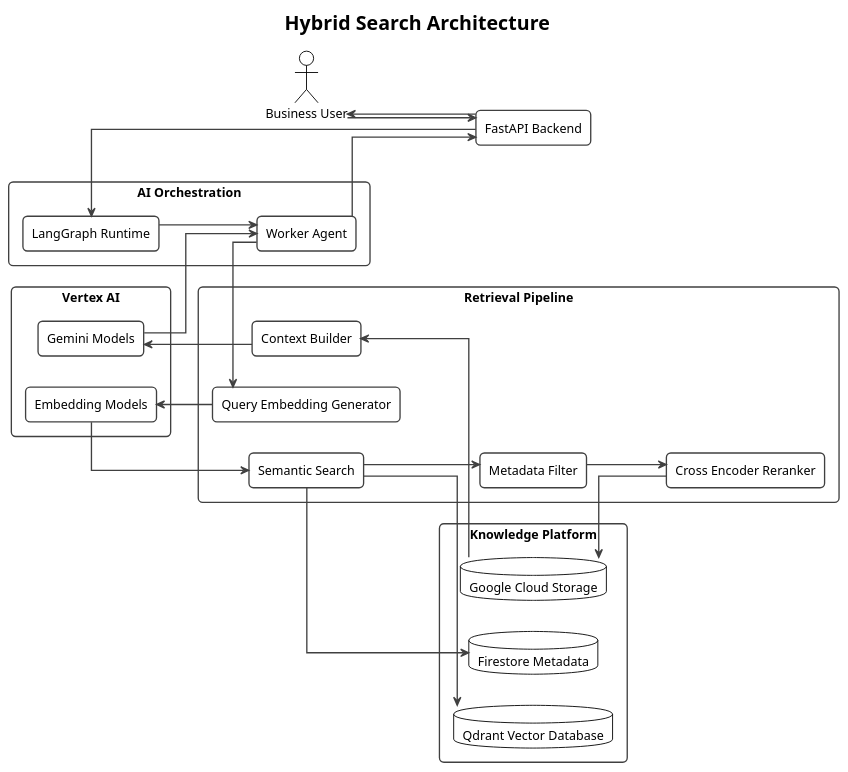
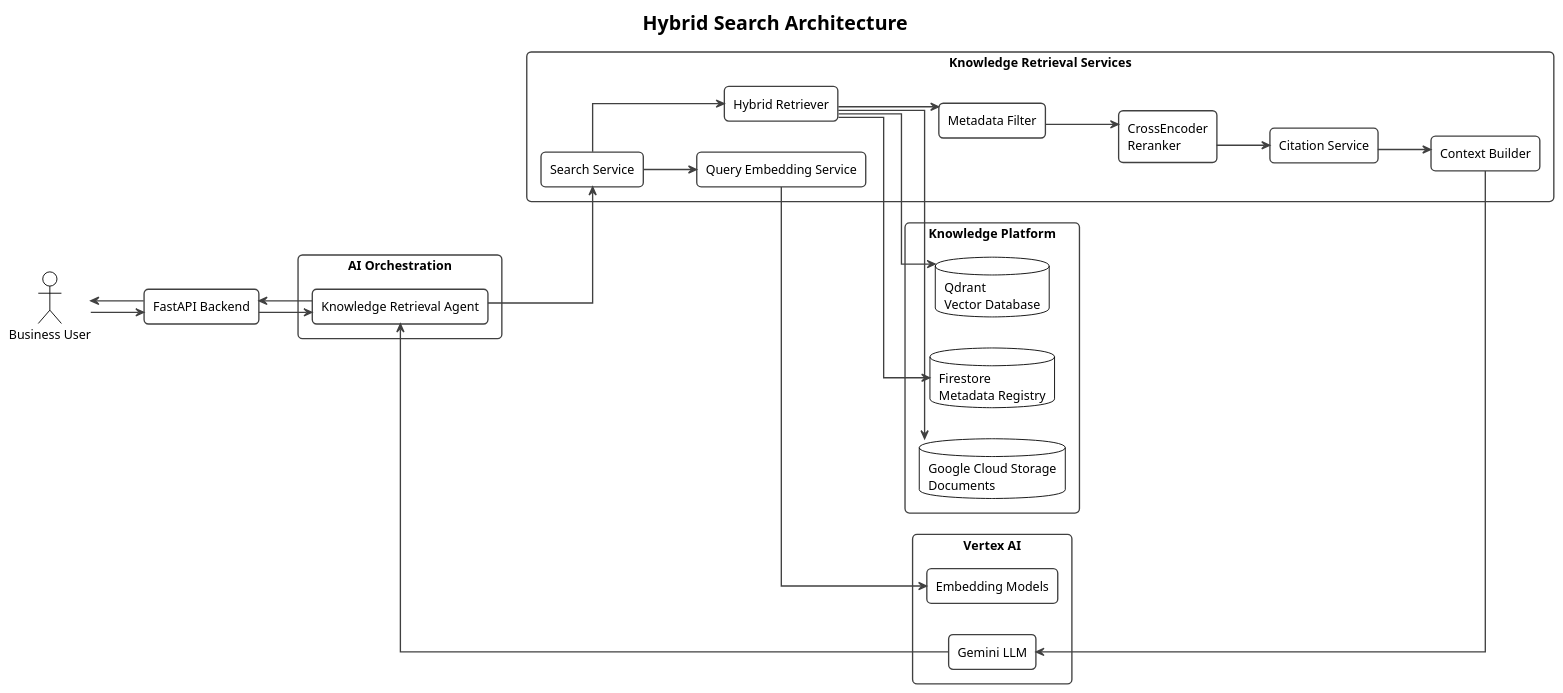
Before and after one commit to pjagdaley/enterprise-ai-orchestration-platform: the diagram in docs/diagrams/ai/06-hybrid-search-architecture.puml, drawn with PlantUML. The commit also changed 209 other files, not shown here.

Commit message:
Version-1 Architecture

```diff
--- a/docs/diagrams/ai/06-hybrid-search-architecture.puml
+++ b/docs/diagrams/ai/06-hybrid-search-architecture.puml
@@ -1,104 +1,108 @@
 @startuml
 
 title Enterprise AI Orchestration Platform
 title Hybrid Search Architecture
 
 !theme plain
 
 left to right direction
 
 skinparam backgroundColor white
 skinparam shadowing false
 skinparam linetype ortho
 skinparam packageStyle rectangle
 
 skinparam defaultFontName Segoe UI
 skinparam defaultFontSize 14
 
 skinparam RectangleBorderColor #404040
 skinparam RectangleBorderThickness 1.5
 skinparam RectangleRoundCorner 10
 
 skinparam PackageBorderColor #404040
 skinparam PackageBorderThickness 2
 
 skinparam ArrowThickness 1.5
 skinparam ArrowColor #404040
 
 actor "Business User" as User
 
 rectangle "FastAPI Backend" as API
 
 package "AI Orchestration" {
 
-    rectangle "LangGraph Runtime" as LangGraph
-
-    rectangle "Worker Agent" as Worker
+    rectangle "Knowledge Retrieval Agent" as Agent
 
 }
 
-package "Retrieval Pipeline" {
+package "Knowledge Retrieval Services" {
 
-    rectangle "Query Embedding Generator" as QueryEmbedding
+    rectangle "Search Service" as Search
 
-    rectangle "Semantic Search" as SemanticSearch
+    rectangle "Query Embedding Service" as QueryEmbedding
+
+    rectangle "Hybrid Retriever" as Hybrid
 
     rectangle "Metadata Filter" as MetadataFilter
 
-    rectangle "Cross Encoder Reranker" as Reranker
+    rectangle "CrossEncoder\nReranker" as Reranker
+
+    rectangle "Citation Service" as Citation
 
     rectangle "Context Builder" as ContextBuilder
 
 }
 
 package "Knowledge Platform" {
 
-    database "Qdrant Vector Database" as Qdrant
+    database "Qdrant\nVector Database" as Qdrant
 
-    database "Firestore Metadata" as Firestore
+    database "Firestore\nMetadata Registry" as Firestore
 
-    database "Google Cloud Storage" as GCS
+    database "Google Cloud Storage\nDocuments" as GCS
 
 }
 
 package "Vertex AI" {
 
     rectangle "Embedding Models" as Embeddings
 
-    rectangle "Gemini Models" as Gemini
+    rectangle "Gemini LLM" as Gemini
 
 }
 
 User --> API
 
-API --> LangGraph
+API --> Agent
 
-LangGraph --> Worker
+Agent --> Search
 
-Worker --> QueryEmbedding
+Search --> QueryEmbedding
 
 QueryEmbedding --> Embeddings
 
-Embeddings --> SemanticSearch
+Search --> Hybrid
 
-SemanticSearch --> Qdrant
+Hybrid --> Qdrant
 
-SemanticSearch --> Firestore
+Hybrid --> Firestore
 
-SemanticSearch --> MetadataFilter
+Hybrid --> GCS
+
+Hybrid --> MetadataFilter
 
 MetadataFilter --> Reranker
 
-Reranker --> GCS
+Reranker --> Citation
 
-GCS --> ContextBuilder
+Citation --> ContextBuilder
 
 ContextBuilder --> Gemini
 
-Gemini --> Worker
+Gemini --> Agent
 
-Worker --> API
+Agent --> API
 
 API --> User
 
 @enduml
```
